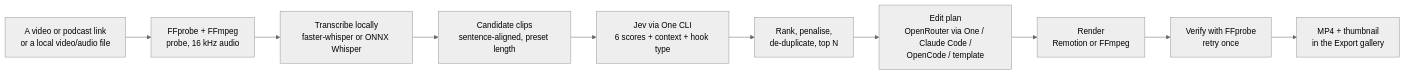
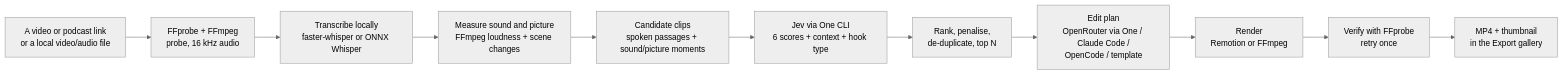
Before and after one commit to janmm97/oneclip: the diagram in README.md, drawn with Mermaid (neutral theme). The commit also changed other lines of this file and 13 other files, not shown here.

````diff
--- a/README.md
+++ b/README.md
@@ -19,12 +19,13 @@
 ```mermaid
 flowchart LR
   A[A video or podcast link<br/>or a local video/audio file] --> B[FFprobe + FFmpeg<br/>probe, 16 kHz audio]
   B --> C[Transcribe locally<br/>faster-whisper or ONNX Whisper]
-  C --> D[Candidate clips<br/>sentence-aligned, preset length]
+  C --> S[Measure sound and picture<br/>FFmpeg loudness + scene changes]
+  S --> D[Candidate clips<br/>spoken passages + sound/picture moments]
   D --> E[Jev via One CLI<br/>6 scores + context + hook type]
   E --> F[Rank, penalise,<br/>de-duplicate, top N]
   F --> G[Edit plan<br/>OpenRouter via One / Claude Code /<br/>OpenCode / template]
   G --> H[Render<br/>Remotion or FFmpeg]
   H --> I[Verify with FFprobe<br/>retry once]
   I --> J[MP4 + thumbnail<br/>in the Export gallery]
 ```
````
